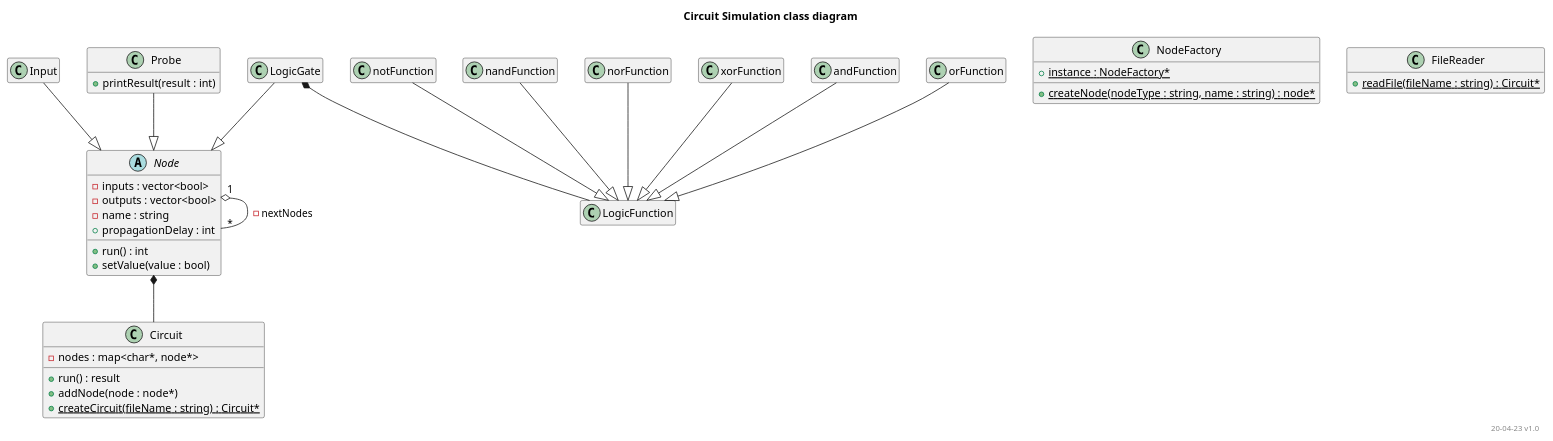
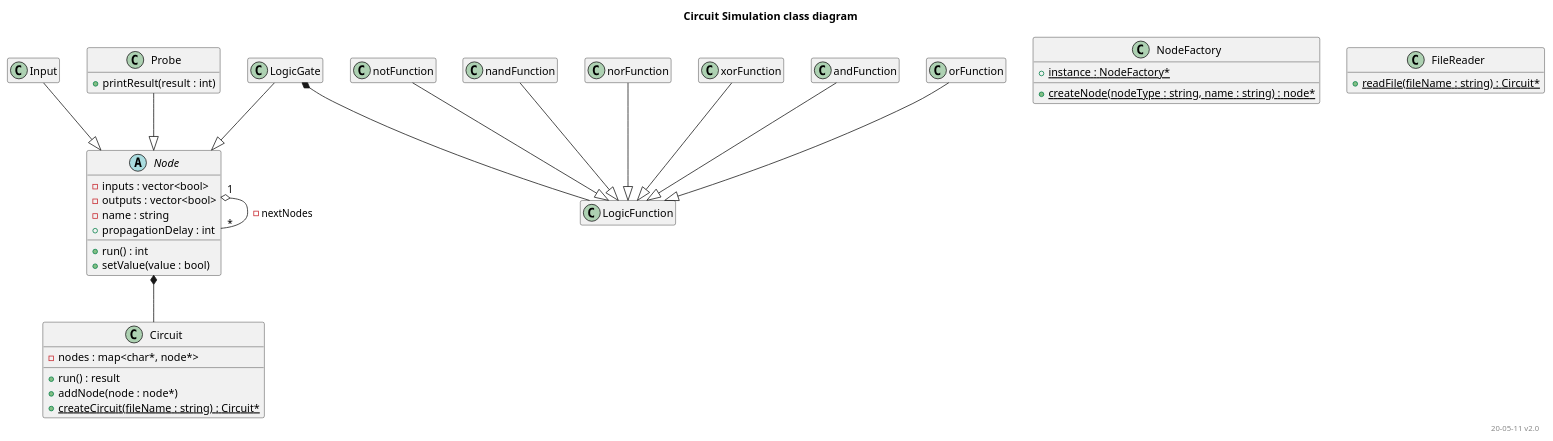
Before and after one commit to JeeJay23/DEPA_eindopdr: the diagram in documentation/ClassDiagram.puml, drawn with PlantUML. The commit also changed 1 other file, not shown here.

```diff
--- a/documentation/ClassDiagram.puml
+++ b/documentation/ClassDiagram.puml
@@ -1,64 +1,64 @@
 @startuml classDiagram
 
 title Circuit Simulation class diagram
-right footer "20-04-23 v1.0"
+right footer "20-05-11 v2.0"
 
 hide empty members
 
 class logicGate as "LogicGate" {
 }
 
 abstract class node as "Node" {
     - inputs : vector<bool>
     - outputs : vector<bool>
     - name : string
     + propagationDelay : int
     + run() : int 
     + setValue(value : bool)
 }
 
 class logicFunction as "LogicFunction" {
 
 }
 
 class circuit as "Circuit" {
     'store nodes by name as identifier'
     - nodes : map<char*, node*>
 
     + run() : result
     + addNode(node : node*)
     + {static} createCircuit(fileName : string) : Circuit*
 }
 
 class input as "Input" {
 }
 class probe as "Probe" {
     + printResult(result : int)
 }
 
 class nodeFactory as "NodeFactory" {
     + {static} instance : NodeFactory*
     + {static} createNode(nodeType : string, name : string) : node*
 }
 
 class fileReader as "FileReader" {
     + {static} readFile(fileName : string) : Circuit*
 }
 
 node *-- circuit
 node "1" o-- "*" node : - nextNodes
 
 input --|> node
 probe --|> node
 logicGate --|> node
 
 logicGate *-- logicFunction
 
 andFunction --|> logicFunction
 orFunction --|> logicFunction
 notFunction --|> logicFunction
 nandFunction --|> logicFunction
 norFunction --|> logicFunction
 xorFunction --|> logicFunction
 
 @enduml
```
